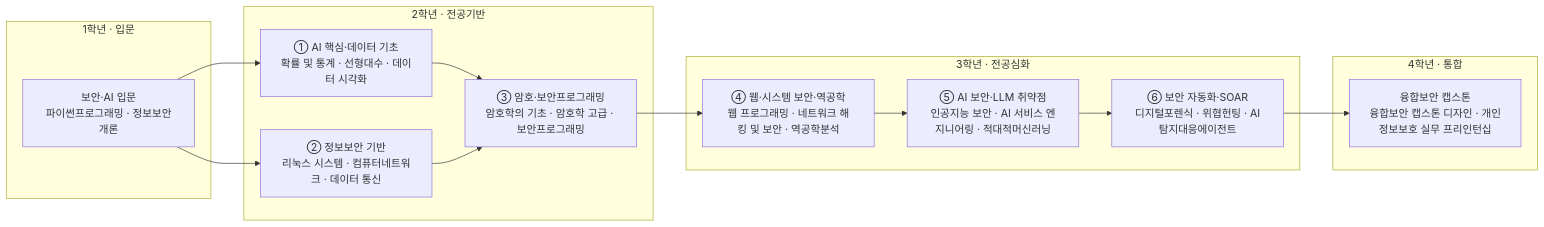
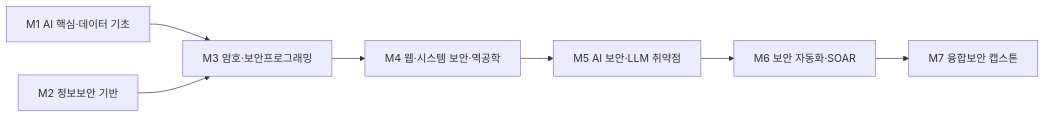
The diagram in docs/ai/convergence-security.md (parclab-hsu/ai-curriculum-2026), drawn with Mermaid before and after one commit. The commit also changed other lines of this file and 22 other files, not shown here.

````diff
--- a/docs/ai/convergence-security.md
+++ b/docs/ai/convergence-security.md
@@ -165,27 +177,6 @@
 ```mermaid
 flowchart LR
-  subgraph Y1["1학년 · 입문"]
-    A0["보안·AI 입문<br/>파이썬프로그래밍 · 정보보안개론"]
-  end
-  subgraph Y2["2학년 · 전공기반"]
-    M1["① AI 핵심·데이터 기초<br/>확률 및 통계 · 선형대수 · 데이터 시각화"]
-    M2["② 정보보안 기반<br/>리눅스 시스템 · 컴퓨터네트워크 · 데이터 통신"]
-    M3["③ 암호·보안프로그래밍<br/>암호학의 기초 · 암호학 고급 · 보안프로그래밍"]
-  end
-  subgraph Y3["3학년 · 전공심화"]
-    M4["④ 웹·시스템 보안·역공학<br/>웹 프로그래밍 · 네트워크 해킹 및 보안 · 역공학분석"]
-    M5["⑤ AI 보안·LLM 취약점<br/>인공지능 보안 · AI 서비스 엔지니어링 · 적대적머신러닝"]
-    M6["⑥ 보안 자동화·SOAR<br/>디지털포렌식 · 위협헌팅 · AI탐지대응에이전트"]
-  end
-  subgraph Y4["4학년 · 통합"]
-    CAP["융합보안 캡스톤<br/>융합보안 캡스톤 디자인 · 개인정보보호 실무 프리인턴십"]
-  end
-  A0 --> M1
-  A0 --> M2
-  M1 --> M3
-  M2 --> M3
-  M3 --> M4
-  M4 --> M5
-  M5 --> M6
-  M6 --> CAP
+  M1["M1 AI 핵심·데이터 기초"] --> M3["M3 암호·보안프로그래밍"]
+  M2["M2 정보보안 기반"] --> M3
+  M3 --> M4["M4 웹·시스템 보안·역공학"] --> M5["M5 AI 보안·LLM 취약점"] --> M6["M6 보안 자동화·SOAR"] --> CAP["M7 융합보안 캡스톤"]
 ```
````
